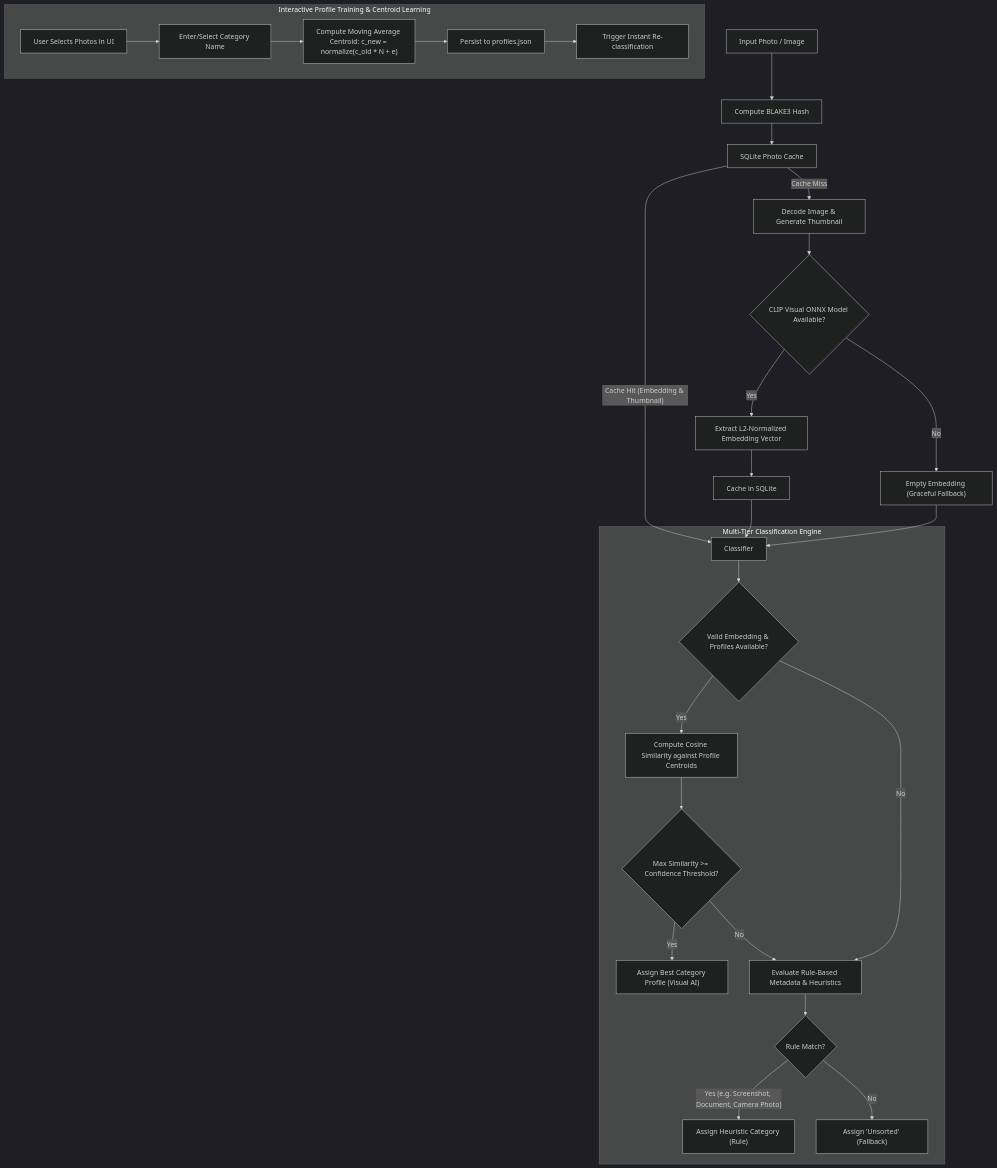
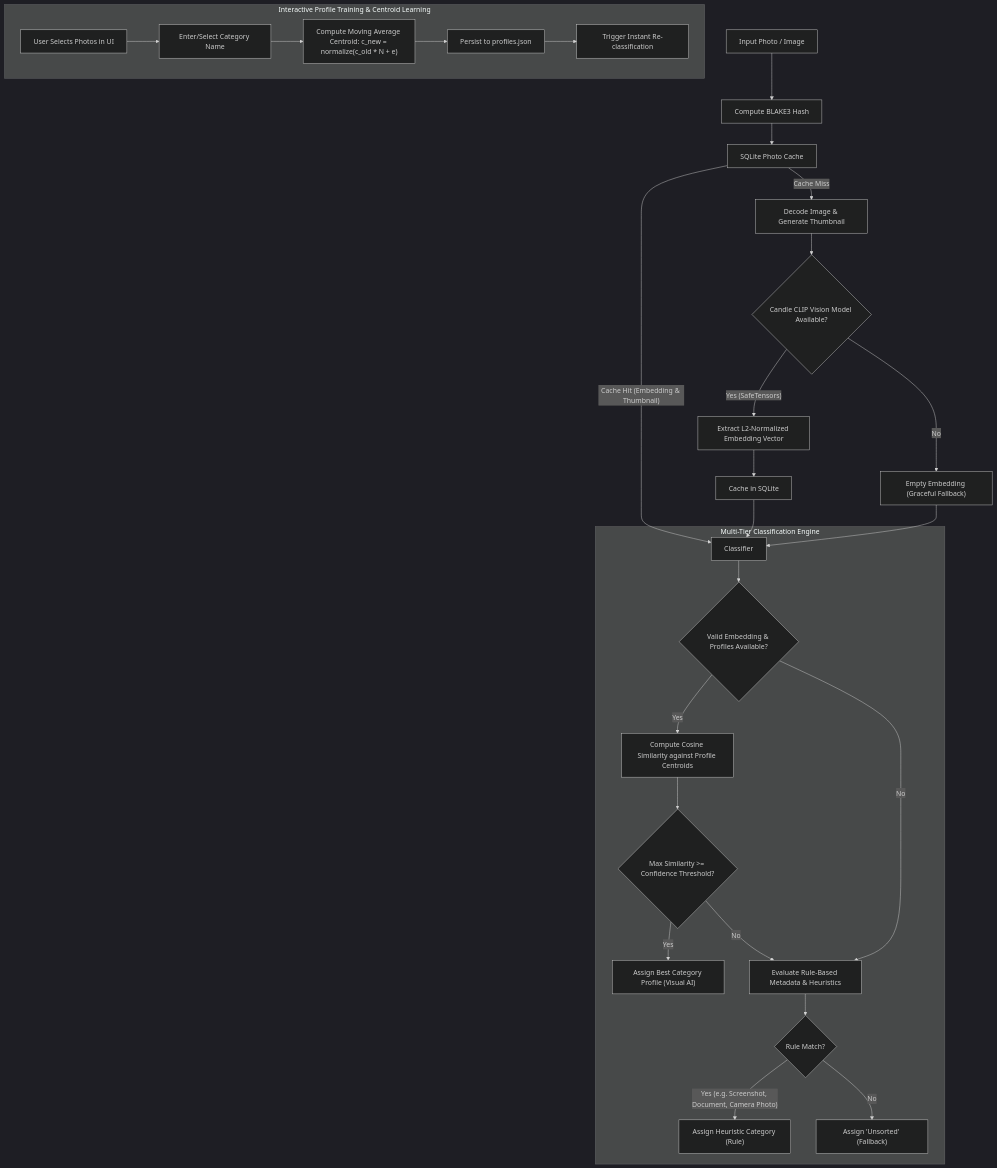
Before and after one commit to tsonnen/photo-organizer: the diagram in docs/classification_pipeline.md, drawn with Mermaid (dark theme). The commit also changed 5 other files, not shown here.

````diff
--- a/docs/classification_pipeline.md
+++ b/docs/classification_pipeline.md
@@ -5,32 +5,32 @@
 ```mermaid
 flowchart TD
     A["Input Photo / Image"] --> B["Compute BLAKE3 Hash"]
     B --> C["SQLite Photo Cache"]
     C -->|"Cache Hit (Embedding & Thumbnail)"| G["Classifier"]
     C -->|"Cache Miss"| D["Decode Image & Generate Thumbnail"]
-    D --> E{"CLIP Visual ONNX Model Available?"}
-    E -->|"Yes"| F1["Extract L2-Normalized Embedding Vector"]
+    D --> E{"Candle CLIP Vision Model Available?"}
+    E -->|"Yes (SafeTensors)"| F1["Extract L2-Normalized Embedding Vector"]
     E -->|"No"| F2["Empty Embedding (Graceful Fallback)"]
     F1 --> F3["Cache in SQLite"]
     F3 --> G
     F2 --> G
 
     subgraph Classifier ["Multi-Tier Classification Engine"]
         G --> H{"Valid Embedding & Profiles Available?"}
         H -->|"Yes"| I["Compute Cosine Similarity against Profile Centroids"]
         I --> J{"Max Similarity >= Confidence Threshold?"}
         J -->|"Yes"| K["Assign Best Category Profile (Visual AI)"]
         J -->|"No"| L["Evaluate Rule-Based Metadata & Heuristics"]
         H -->|"No"| L
         L --> M{"Rule Match?"}
         M -->|"Yes (e.g. Screenshot, Document, Camera Photo)"| N["Assign Heuristic Category (Rule)"]
         M -->|"No"| O["Assign 'Unsorted' (Fallback)"]
     end
 
     subgraph Training ["Interactive Profile Training & Centroid Learning"]
         P["User Selects Photos in UI"] --> Q["Enter/Select Category Name"]
         Q --> R["Compute Moving Average Centroid: c_new = normalize(c_old * N + e)"]
         R --> S["Persist to profiles.json"]
         S --> T["Trigger Instant Re-classification"]
     end
 ```
````
